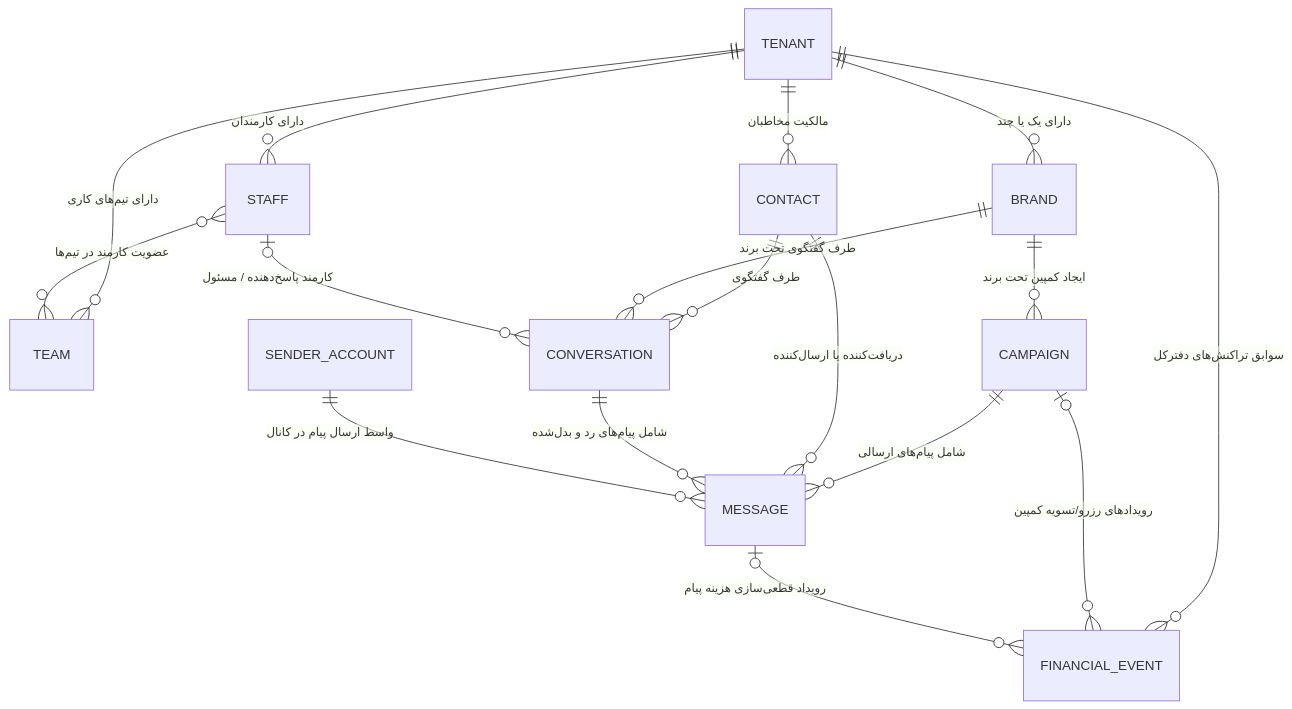
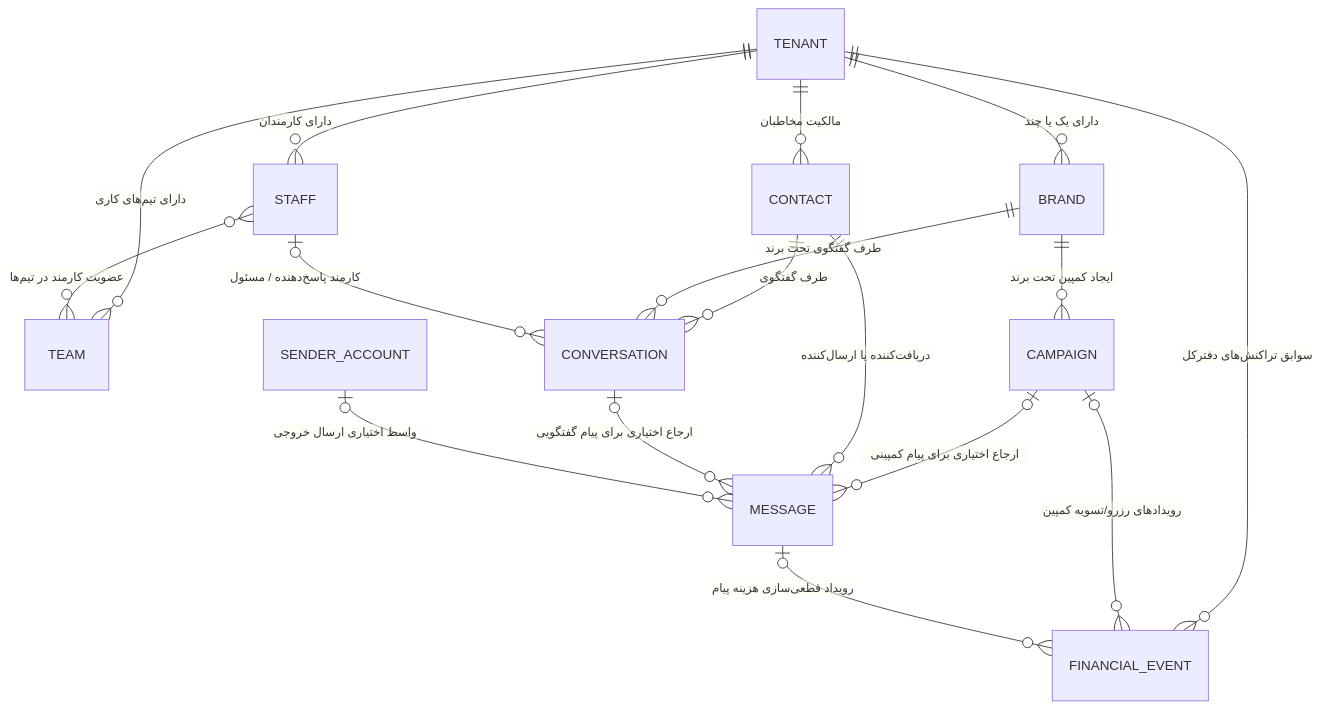
Before and after one commit to elyas5203/MultiPlatfromMSG: the diagram in docs/ai/architecture/DATA_MODEL.md, drawn with Mermaid. The commit also changed other lines of this file and 4 other files, not shown here.

Commit message:
docs(architecture): align message ownership across core models

````diff
--- a/docs/ai/architecture/DATA_MODEL.md
+++ b/docs/ai/architecture/DATA_MODEL.md
@@ -48,22 +48,22 @@
 ```mermaid
 erDiagram
     TENANT ||--o{ BRAND : "دارای یک یا چند"
     TENANT ||--o{ STAFF : "دارای کارمندان"
     TENANT ||--o{ TEAM : "دارای تیم‌های کاری"
     STAFF }o--o{ TEAM : "عضویت کارمند در تیم‌ها"
 
     TENANT ||--o{ CONTACT : "مالکیت مخاطبان"
     BRAND ||--o{ CAMPAIGN : "ایجاد کمپین تحت برند"
-    CAMPAIGN ||--o{ MESSAGE : "شامل پیام‌های ارسالی"
+    CAMPAIGN o|--o{ MESSAGE : "ارجاع اختیاری برای پیام کمپینی"
 
     CONTACT ||--o{ MESSAGE : "دریافت‌کننده یا ارسال‌کننده"
     CONTACT ||--o{ CONVERSATION : "طرف گفتگوی"
     BRAND ||--o{ CONVERSATION : "طرف گفتگوی تحت برند"
-    CONVERSATION ||--o{ MESSAGE : "شامل پیام‌های رد و بدل‌شده"
+    CONVERSATION o|--o{ MESSAGE : "ارجاع اختیاری برای پیام گفتگویی"
     STAFF o|--o{ CONVERSATION : "کارمند پاسخ‌دهنده / مسئول"
 
-    SENDER_ACCOUNT ||--o{ MESSAGE : "واسط ارسال پیام در کانال"
+    SENDER_ACCOUNT o|--o{ MESSAGE : "واسط اختیاری ارسال خروجی"
     TENANT ||--o{ FINANCIAL_EVENT : "سوابق تراکنش‌های دفترکل"
     CAMPAIGN o|--o{ FINANCIAL_EVENT : "رویدادهای رزرو/تسویه کمپین"
     MESSAGE o|--o{ FINANCIAL_EVENT : "رویداد قطعی‌سازی هزینه پیام"
 ```
````
